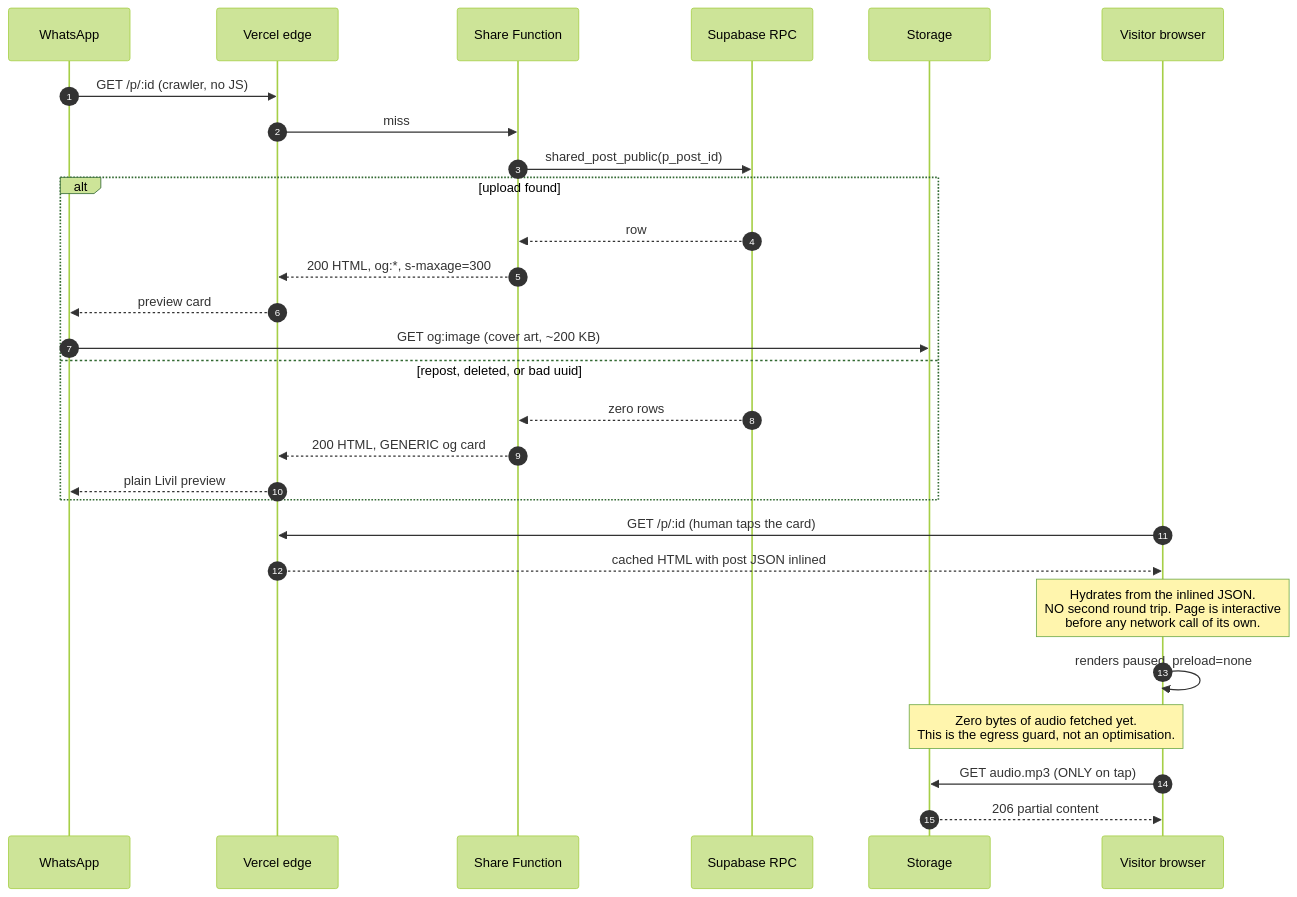
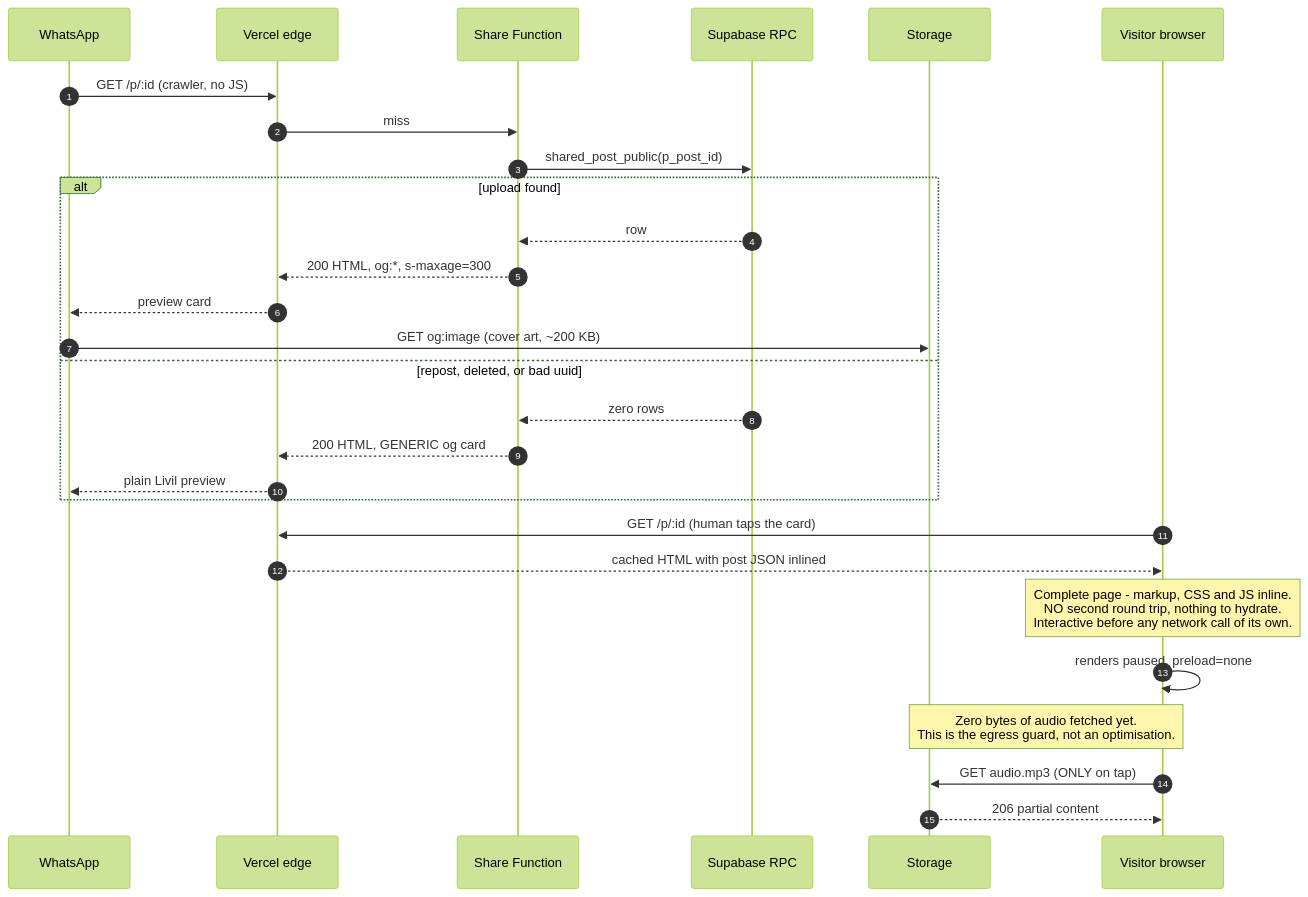
One commit to vvkiitkgp/livil changed the fourth of 5 diagrams in kb/architecture/post-sharing.md. Above: the diagram before and after it, drawn with Mermaid (forest theme). The commit also changed other lines of this file and 23 other files, not shown here.

````diff
--- a/kb/architecture/post-sharing.md
+++ b/kb/architecture/post-sharing.md
@@ -426,32 +424,32 @@
 ```mermaid
 sequenceDiagram
     autonumber
     participant W as WhatsApp
     participant CDN as Vercel edge
     participant F as Share Function
     participant DB as Supabase RPC
     participant S as Storage
     participant U as Visitor browser
 
     W->>CDN: GET /p/:id (crawler, no JS)
     CDN->>F: miss
     F->>DB: shared_post_public(p_post_id)
     alt upload found
         DB-->>F: row
         F-->>CDN: 200 HTML, og:*, s-maxage=300
         CDN-->>W: preview card
         W->>S: GET og:image (cover art, ~200 KB)
     else repost, deleted, or bad uuid
         DB-->>F: zero rows
         F-->>CDN: 200 HTML, GENERIC og card
         CDN-->>W: plain Livil preview
     end
 
     U->>CDN: GET /p/:id (human taps the card)
     CDN-->>U: cached HTML with post JSON inlined
-    Note over U: Hydrates from the inlined JSON.<br/>NO second round trip. Page is interactive<br/>before any network call of its own.
+    Note over U: Complete page - markup, CSS and JS inline.<br/>NO second round trip, nothing to hydrate.<br/>Interactive before any network call of its own.
     U->>U: renders paused, preload=none
     Note over U,S: Zero bytes of audio fetched yet.<br/>This is the egress guard, not an optimisation.
     U->>S: GET audio.mp3 (ONLY on tap)
     S-->>U: 206 partial content
 ```
````
